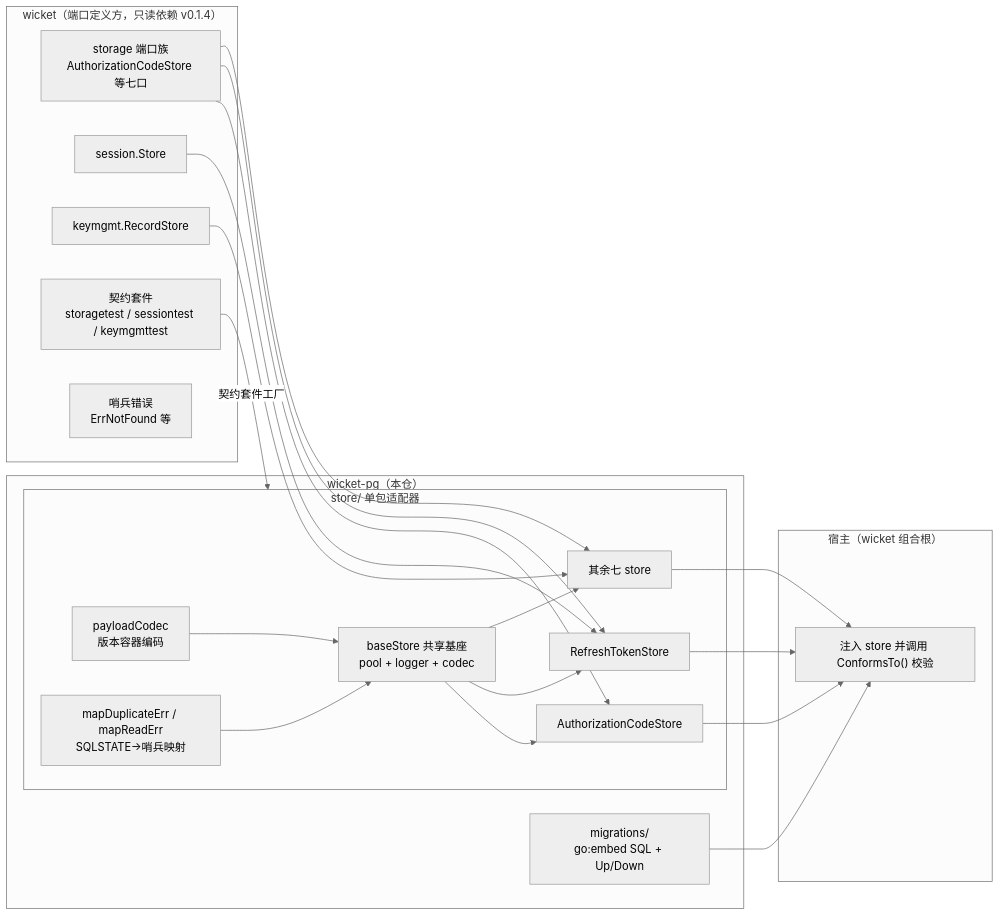
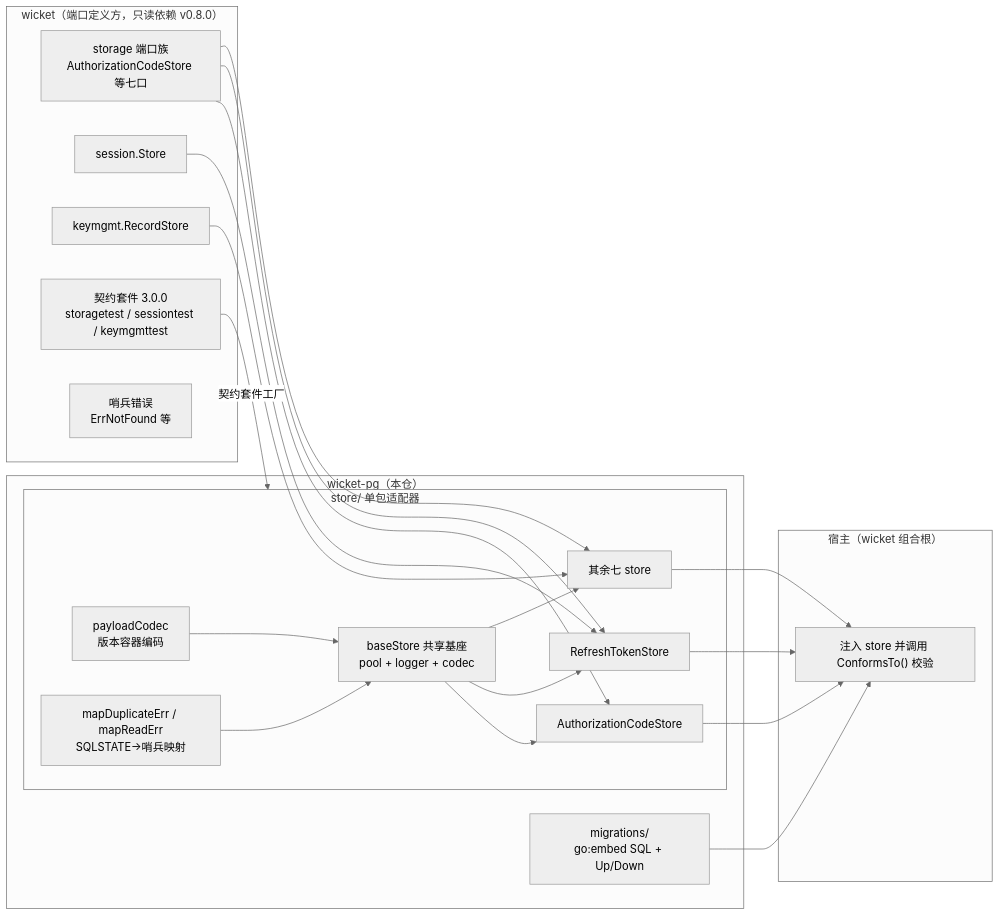
The first of 3 diagrams in docs/architecture.md (gonewx/wicket-pg), drawn with Mermaid (neutral theme) before and after one commit. The commit also changed other lines of this file and 11 other files, not shown here.

````diff
--- a/docs/architecture.md
+++ b/docs/architecture.md
@@ -7,36 +7,36 @@
 ```mermaid
 flowchart LR
-    subgraph wicket["wicket（端口定义方，只读依赖 v0.1.4）"]
+    subgraph wicket["wicket（端口定义方，只读依赖 v0.8.0）"]
         P1["storage 端口族<br/>AuthorizationCodeStore 等七口"]
         P2["session.Store"]
         P3["keymgmt.RecordStore"]
-        S["契约套件<br/>storagetest / sessiontest / keymgmttest"]
+        S["契约套件 3.0.0<br/>storagetest / sessiontest / keymgmttest"]
         E["哨兵错误<br/>ErrNotFound 等"]
     end
 
     subgraph adapter["wicket-pg（本仓）"]
         subgraph store["store/ 单包适配器"]
             B["baseStore 共享基座<br/>pool + logger + codec"]
             A1["AuthorizationCodeStore"]
             A2["RefreshTokenStore"]
             A3["其余七 store"]
             C["payloadCodec<br/>版本容器编码"]
             ERR["mapDuplicateErr / mapReadErr<br/>SQLSTATE→哨兵映射"]
         end
         M["migrations/<br/>go:embed SQL + Up/Down"]
     end
 
     subgraph host["宿主（wicket 组合根）"]
         H["注入 store 并调用 ConformsTo() 校验"]
     end
 
     P1 --> A1 & A2 & A3
     P2 --> A2
     P3 --> A3
     B --> A1 & A2 & A3
     C --> B
     ERR --> B
     S -->|"契约套件工厂"| store
     M --> H
     A1 & A2 & A3 --> H
 ```
````
